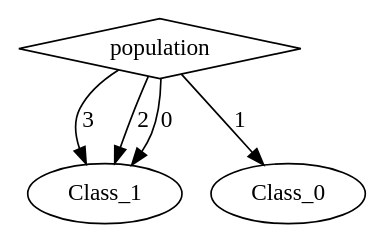
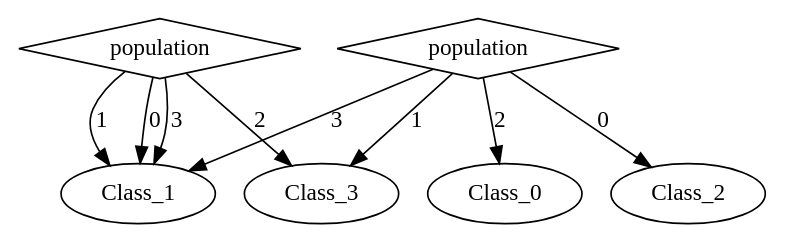
One commit to torfah/synplicate changed the diagram in examples/california_census_simplified/program/program3.dot. Above: the diagram before and after it, drawn with Graphviz. The commit also changed 69 other files, not shown here.

```diff
--- a/examples/california_census_simplified/program/program3.dot
+++ b/examples/california_census_simplified/program/program3.dot
@@ -1,12 +1,21 @@
 digraph {
 node [label=Class_1,style=""] Class_1
+node [label=Class_0,style=""] Class_0
+node [label=Class_3,style=""] Class_3
+node [label=Class_2,style=""] Class_2
 node [label=Class_1,style=""] Class_1
-node [label=Class_0,style=""] Class_0
+node [label=Class_3,style=""] Class_3
 node [label=Class_1,style=""] Class_1
+node [label=Class_1,style=""] Class_1
+node [label=population,shape="diamond",style=""] 1
 node [label=population,shape="diamond",style=""] 0
 
+1 -> Class_1 [label="3"]
+1 -> Class_0 [label="2"]
+1 -> Class_3 [label="1"]
+1 -> Class_2 [label="0"]
 0 -> Class_1 [label="3"]
-0 -> Class_1 [label="2"]
-0 -> Class_0 [label="1"]
+0 -> Class_3 [label="2"]
+0 -> Class_1 [label="1"]
 0 -> Class_1 [label="0"]
 }
```
